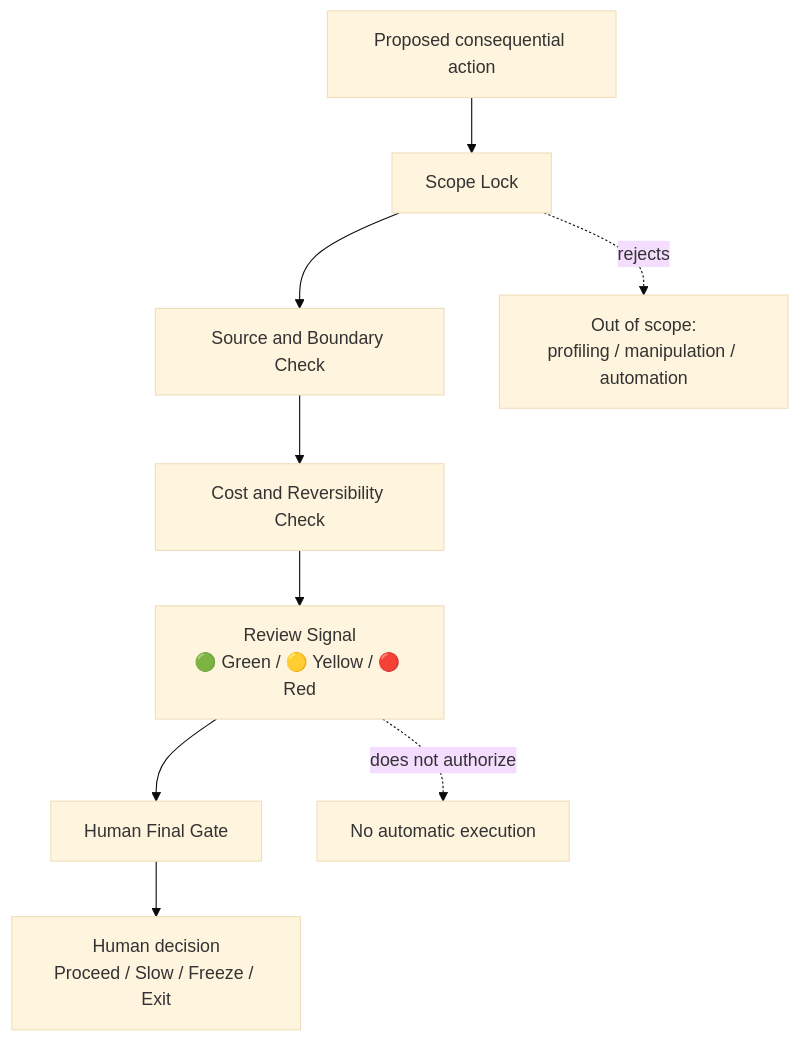
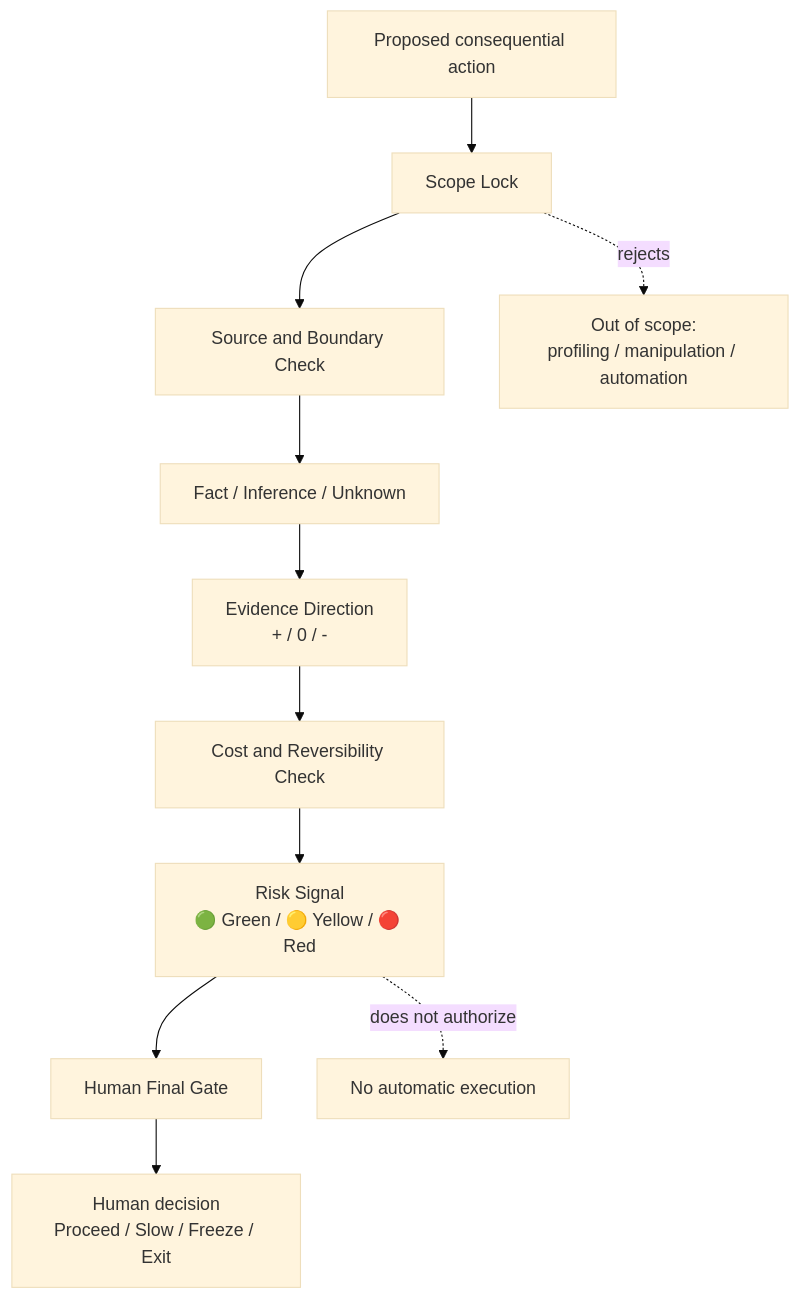
The diagram in README.md (Yelan22CAT/model1), drawn with Mermaid (base theme) before and after one commit. The commit also changed other lines of this file, not shown here.

````diff
--- a/README.md
+++ b/README.md
@@ -68,12 +85,14 @@
 ```mermaid
 flowchart TD
     A[Proposed consequential action] --> B[Scope Lock]
     B --> C[Source and Boundary Check]
-    C --> D[Cost and Reversibility Check]
-    D --> E[Review Signal<br/>🟢 Green / 🟡 Yellow / 🔴 Red]
-    E --> F[Human Final Gate]
-    F --> G[Human decision<br/>Proceed / Slow / Freeze / Exit]
+    C --> D[Fact / Inference / Unknown]
+    D --> E[Evidence Direction<br/>+ / 0 / -]
+    E --> F[Cost and Reversibility Check]
+    F --> G[Risk Signal<br/>🟢 Green / 🟡 Yellow / 🔴 Red]
+    G --> H[Human Final Gate]
+    H --> I[Human decision<br/>Proceed / Slow / Freeze / Exit]
 
     B -. rejects .-> X[Out of scope:<br/>profiling / manipulation / automation]
-    E -. does not authorize .-> Y[No automatic execution]
+    G -. does not authorize .-> Y[No automatic execution]
 ```
````
